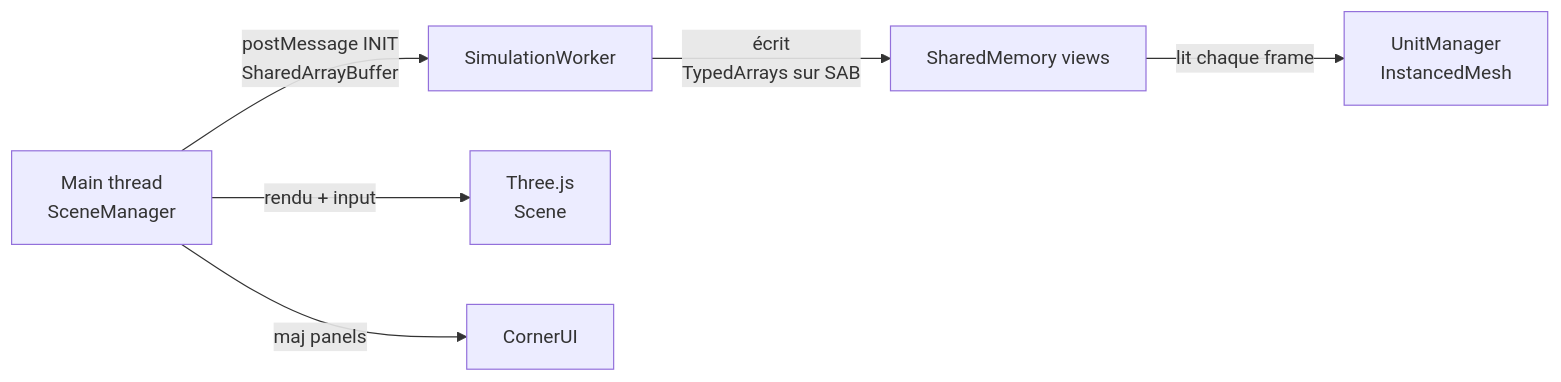
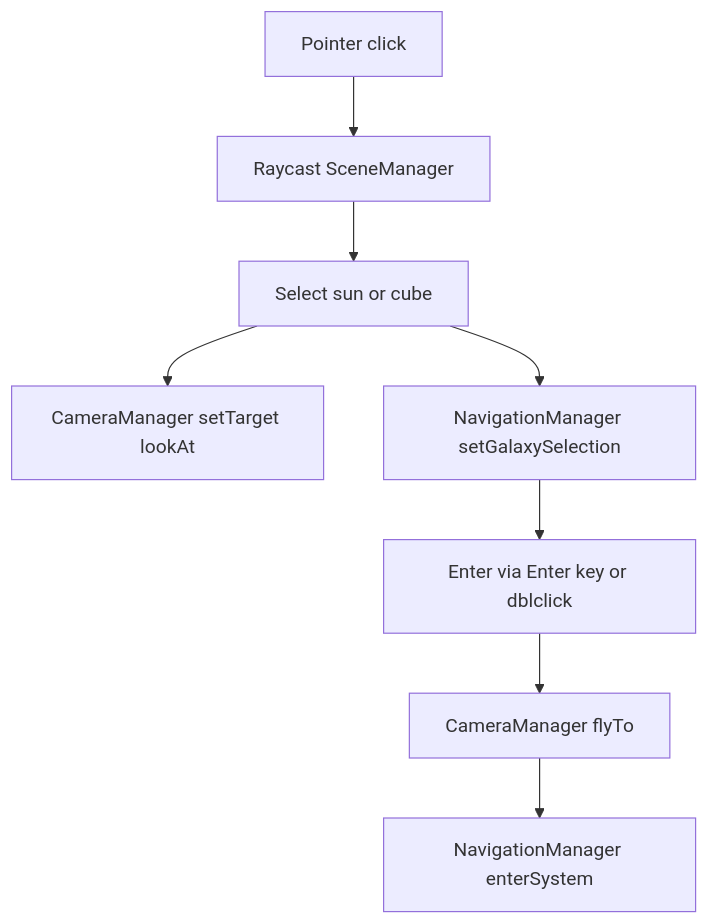
The diagram in .kilocode/rules/memory-bank/architecture.md (moyamatthieu/test_mmorts), drawn with Mermaid before and after one commit. The commit also changed other lines of this file and 508 other files, not shown here.

````diff
--- a/.kilocode/rules/memory-bank/architecture.md
+++ b/.kilocode/rules/memory-bank/architecture.md
@@ -35,13 +90,10 @@
 ```mermaid
-flowchart LR
-  A[Main thread
-SceneManager] -->|postMessage INIT
-SharedArrayBuffer| B[SimulationWorker]
-  B -->|écrit
-TypedArrays sur SAB| C[SharedMemory views]
-  C -->|lit chaque frame| D[UnitManager
-InstancedMesh]
-  A -->|rendu + input| E[Three.js
-Scene]
-  A -->|maj panels| F[CornerUI]
+flowchart TD
+  A[Pointer click] --> B[Raycast SceneManager]
+  B --> C[Select sun or cube]
+  C --> D[CameraManager setTarget lookAt]
+  C --> E[NavigationManager setGalaxySelection]
+  E --> F[Enter via Enter key or dblclick]
+  F --> G[CameraManager flyTo]
+  G --> H[NavigationManager enterSystem]
 ```
````
